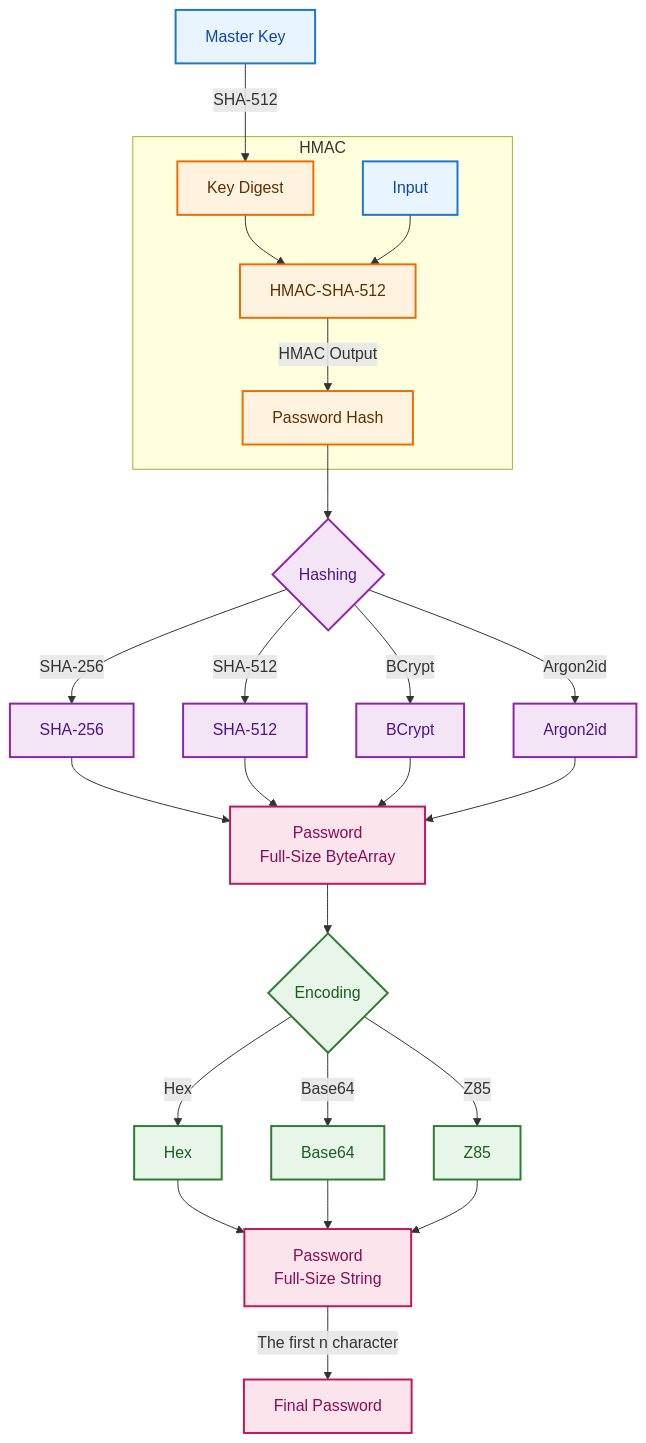
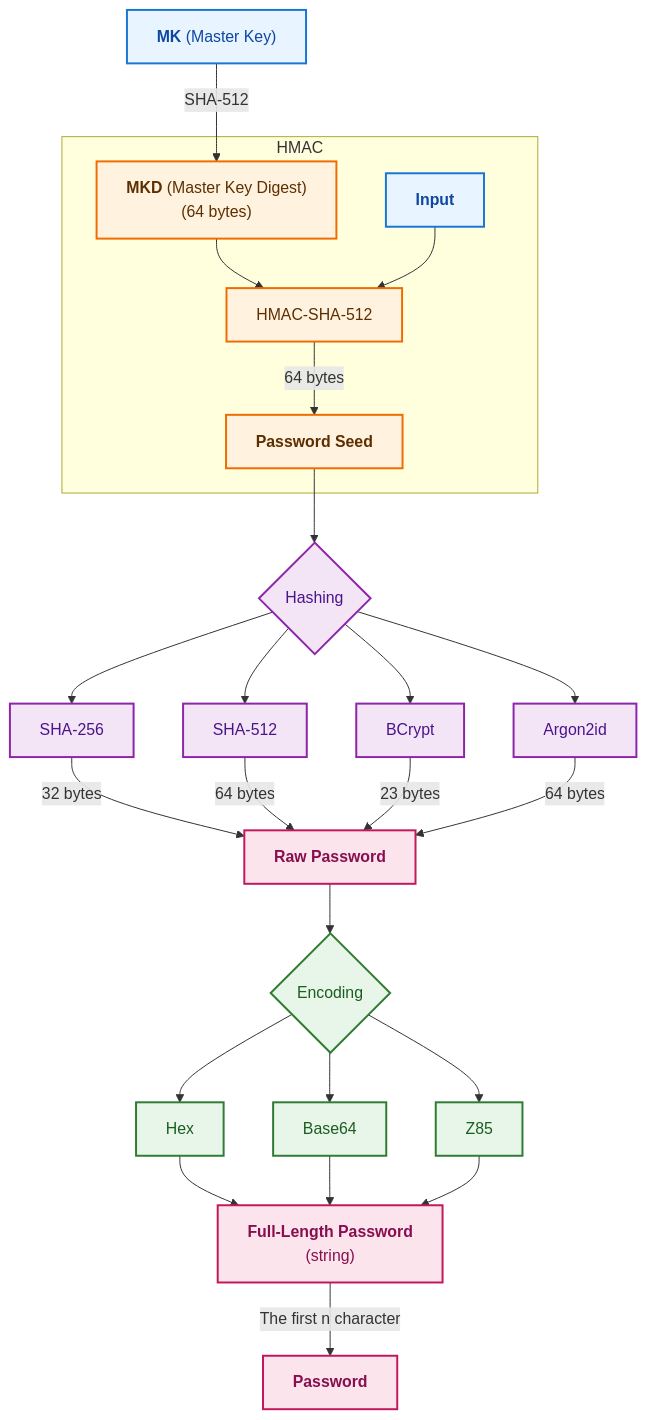
One commit to nasiri97/PassGen changed the diagram in README.md. Above: the diagram before and after it, drawn with Mermaid.

````diff
--- a/README.md
+++ b/README.md
@@ -27,68 +27,68 @@
 ```mermaid
 flowchart TD
 %% ─────────────────────────────────────────────
 %% Key Derivation / Authentication
 %% ─────────────────────────────────────────────
 
-    MK["Master Key"] -->|SHA-512| KD["Key Digest"]
+    MK["<b>MK</b> (Master Key)"] -->|SHA-512| MKD["<b>MKD</b> (Master Key Digest)<br/>(64 bytes)"]
 
     subgraph HMAC_STAGE["HMAC"]
-        KD --> HMAC["HMAC-SHA-512"]
-        IN["Input"] --> HMAC
+        MKD --> HMAC["HMAC-SHA-512"]
+        IN["<b>Input</b>"] --> HMAC
 
-        HMAC -->|HMAC Output| HASH["Password Hash"]
+        HMAC -->|64 bytes| HASH["<b>Password Seed</b>"]
     end
 
 
 %% ─────────────────────────────────────────────
 %% Password Hashing / KDF
 %% ─────────────────────────────────────────────
 
     HASH --> ALG{"Hashing"}
 
-    ALG -->|SHA-256| SHA256["SHA-256"]
-    ALG -->|SHA-512| SHA512["SHA-512"]
-    ALG -->|BCrypt| BCRYPT["BCrypt"]
-    ALG -->|Argon2id| ARGON["Argon2id"]
+    ALG --> SHA256["SHA-256"]
+    ALG --> SHA512["SHA-512"]
+    ALG --> BCRYPT["BCrypt"]
+    ALG --> ARGON["Argon2id"]
 
-    SHA256 --> RAW["Password<br/>Full-Size ByteArray"]
-    SHA512 --> RAW
-    BCRYPT --> RAW
-    ARGON --> RAW
+    SHA256 -->|32 bytes| RAW["<b>Raw Password</b>"]
+    SHA512 -->|64 bytes| RAW
+    BCRYPT -->|23 bytes| RAW
+    ARGON -->|64 bytes| RAW
 
 %% ─────────────────────────────────────────────
 %% Encoding
 %% ─────────────────────────────────────────────
 
     RAW --> ENC{"Encoding"}
 
-    ENC -->|Hex| HEX["Hex"]
-    ENC -->|Base64| BASE64["Base64"]
-    ENC -->|Z85| Z85["Z85"]
+    ENC --> HEX["Hex"]
+    ENC --> BASE64["Base64"]
+    ENC --> Z85["Z85"]
 
-    HEX --> STR["Password<br/>Full-Size String"]
+    HEX --> STR["<b>Full-Length Password</b><br/>(string)"]
     BASE64 --> STR
     Z85 --> STR
 
 %% ─────────────────────────────────────────────
 %% Final Output
 %% ─────────────────────────────────────────────
 
-    STR -->|The first n character| OUT["Final Password"]
+    STR -->|The first n character| OUT["<b>Password</b>"]
 
 %% ─────────────────────────────────────────────
 %% Styling
 %% ─────────────────────────────────────────────
 
     classDef input fill:#e8f4ff,stroke:#1976d2,stroke-width:2px,color:#0d47a1
     classDef crypto fill:#fff3e0,stroke:#ef6c00,stroke-width:2px,color:#5d2f00
     classDef algorithm fill:#f3e5f5,stroke:#8e24aa,stroke-width:2px,color:#4a148c
     classDef encoding fill:#e8f5e9,stroke:#2e7d32,stroke-width:2px,color:#1b5e20
     classDef output fill:#fce4ec,stroke:#c2185b,stroke-width:2px,color:#880e4f
 
     class MK,IN input
-    class KD,HMAC,HASH crypto
+    class MKD,HMAC,HASH crypto
     class ALG,SHA256,SHA512,BCRYPT,ARGON algorithm
     class ENC,HEX,BASE64,Z85 encoding
     class RAW,STR,OUT output
 ```
````
